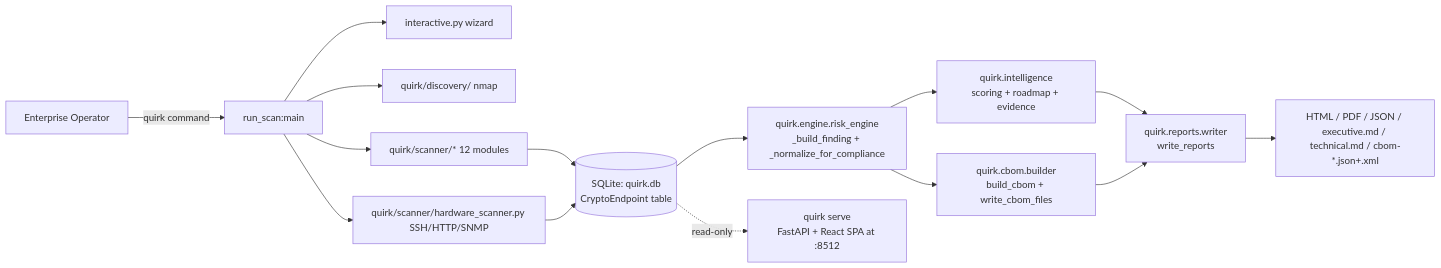
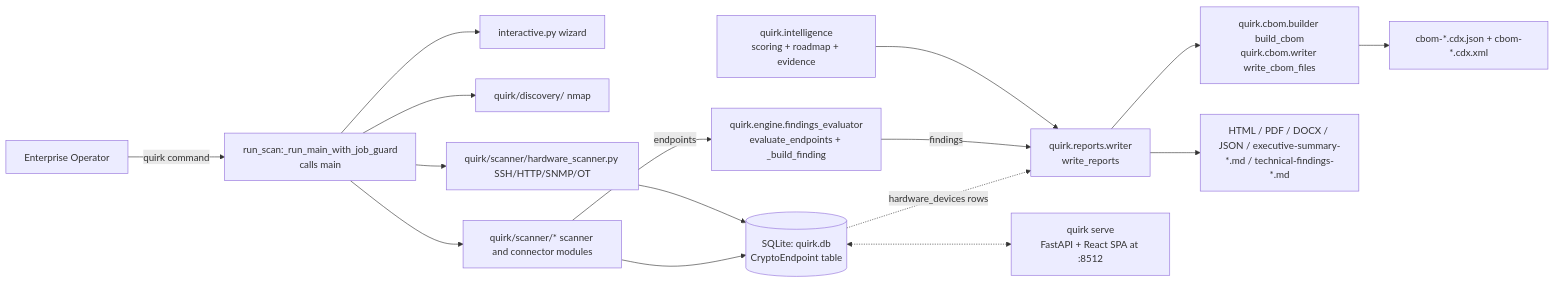
Before and after one commit to 0xD1g5/QU.I.R.K: the first of 3 diagrams in docs/architecture.md, drawn with Mermaid. The commit also changed other lines of this file and 186 other files, not shown here.

````diff
--- a/docs/architecture.md
+++ b/docs/architecture.md
@@ -13,17 +13,18 @@
 ```mermaid
 flowchart LR
-  User[Enterprise Operator] -->|quirk command| CLI[run_scan:main]
+  User[Enterprise Operator] -->|quirk command| CLI[run_scan:_run_main_with_job_guard<br/>calls main]
   CLI --> Wizard[interactive.py wizard]
   CLI --> Discovery[quirk/discovery/ nmap]
-  CLI --> Scanners[quirk/scanner/* 12 modules]
-  CLI --> HardwareScan[quirk/scanner/hardware_scanner.py SSH/HTTP/SNMP]
+  CLI --> Scanners[quirk/scanner/* scanner and connector modules]
+  CLI --> HardwareScan[quirk/scanner/hardware_scanner.py SSH/HTTP/SNMP/OT]
   Scanners --> DB[(SQLite: quirk.db<br/>CryptoEndpoint table)]
   HardwareScan --> DB
-  DB --> Risk[quirk.engine.risk_engine<br/>_build_finding + _normalize_for_compliance]
-  Risk --> Intel[quirk.intelligence<br/>scoring + roadmap + evidence]
-  Risk --> CBOM[quirk.cbom.builder<br/>build_cbom + write_cbom_files]
-  Intel --> Reports[quirk.reports.writer<br/>write_reports]
-  CBOM --> Reports
-  Reports --> Outputs[HTML / PDF / JSON / executive.md / technical.md / cbom-*.json+.xml]
-  DB -.read-only.-> Dashboard[quirk serve<br/>FastAPI + React SPA at :8512]
+  Scanners -->|endpoints| Risk[quirk.engine.findings_evaluator<br/>evaluate_endpoints + _build_finding]
+  DB -.->|hardware_devices rows| Reports
+  Risk -->|findings| Reports[quirk.reports.writer<br/>write_reports]
+  Intel[quirk.intelligence<br/>scoring + roadmap + evidence] --> Reports
+  Reports --> CBOM[quirk.cbom.builder build_cbom<br/>quirk.cbom.writer write_cbom_files]
+  Reports --> Outputs[HTML / PDF / DOCX / JSON / executive-summary-*.md / technical-findings-*.md]
+  CBOM --> CBOMOut[cbom-*.cdx.json + cbom-*.cdx.xml]
+  DB <-.-> Dashboard[quirk serve<br/>FastAPI + React SPA at :8512]
 ```
````
